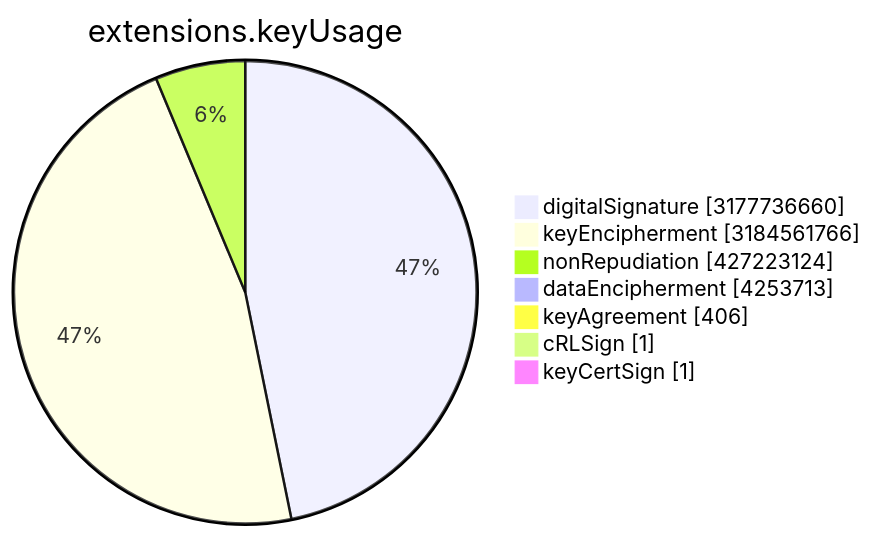
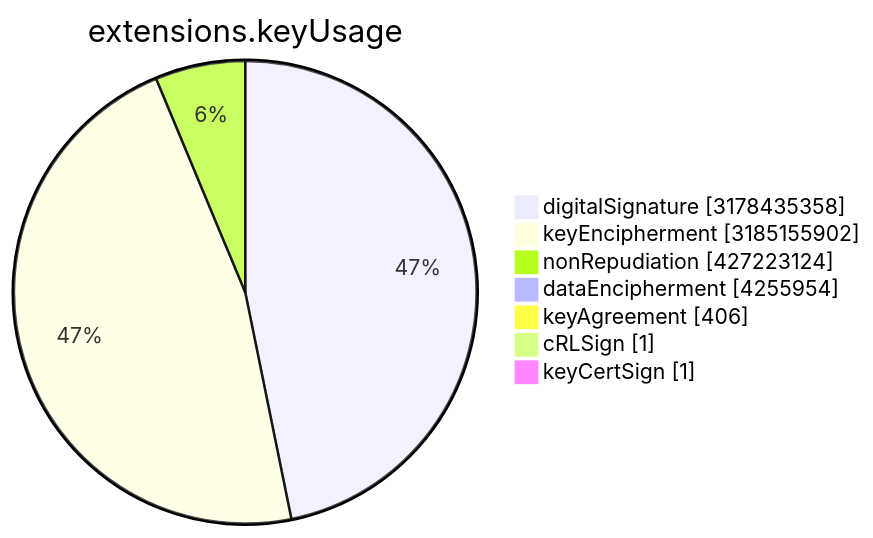
The sixth of 15 diagrams in TOTAL/README.md (christiankrug/ctmonitor_visualization), drawn with Mermaid before and after one commit. The commit also changed other lines of this file, not shown here.

````diff
--- a/TOTAL/README.md
+++ b/TOTAL/README.md
@@ -3077,11 +3077,11 @@
 ```mermaid
 pie showData
 title extensions.keyUsage
-"digitalSignature" :3177736660
-"keyEncipherment" :3184561766
+"digitalSignature" :3178435358
+"keyEncipherment" :3185155902
 "nonRepudiation" :427223124
-"dataEncipherment" :4253713
+"dataEncipherment" :4255954
 "keyAgreement" :406
 "cRLSign" :1
 "keyCertSign" :1
 ```
````
